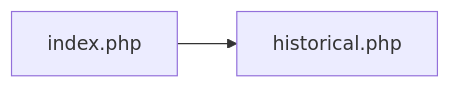
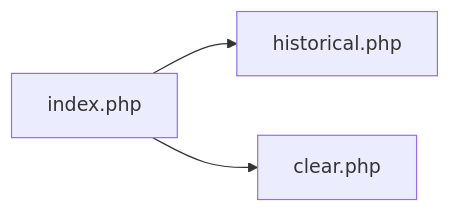
Before and after one commit to smeird/PubObs: the first of 3 diagrams in README.md, drawn with Mermaid. The commit also changed other lines of this file and 3 other files, not shown here.

````diff
--- a/README.md
+++ b/README.md
@@ -72,4 +73,5 @@
 ```mermaid
 flowchart LR
     Index["index.php"] --> Hist["historical.php"]
+    Index --> Clear["clear.php"]
 ```
````
